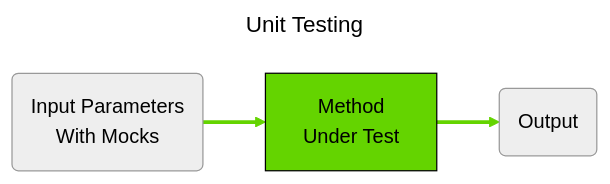
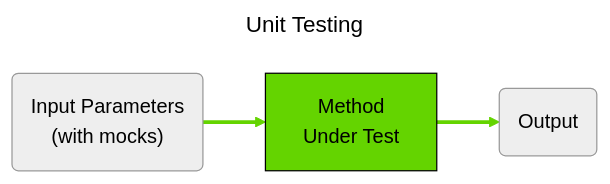
The first of 6 diagrams in testing-strategy.md (sualeh/testing-strategy), drawn with Mermaid before and after one commit.

Commit message:
Update diagram text

````diff
--- a/testing-strategy.md
+++ b/testing-strategy.md
@@ -25,16 +25,16 @@
 ```mermaid
 ---
 title: Unit Testing
 ---
 %%{init: {'theme':'neutral'}}%%
 flowchart LR
     I("Input Parameters
-       With Mocks")
+       (with mocks)")
     M["Method
        Under Test"]
     O("Output")
     I --> M --> O
 
     style M fill:#64d400,stroke:#000,stroke-width:1px
     linkStyle 0,1 stroke:#64d400,stroke-width:3px
 ```
````
